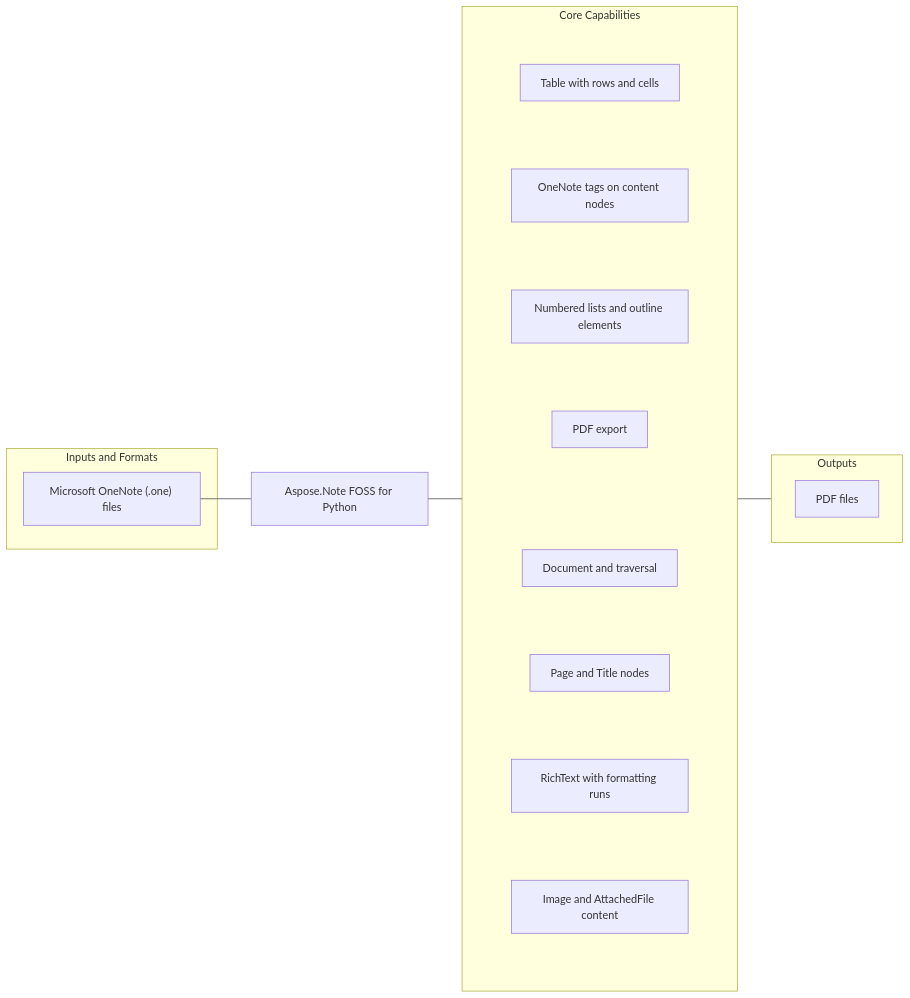
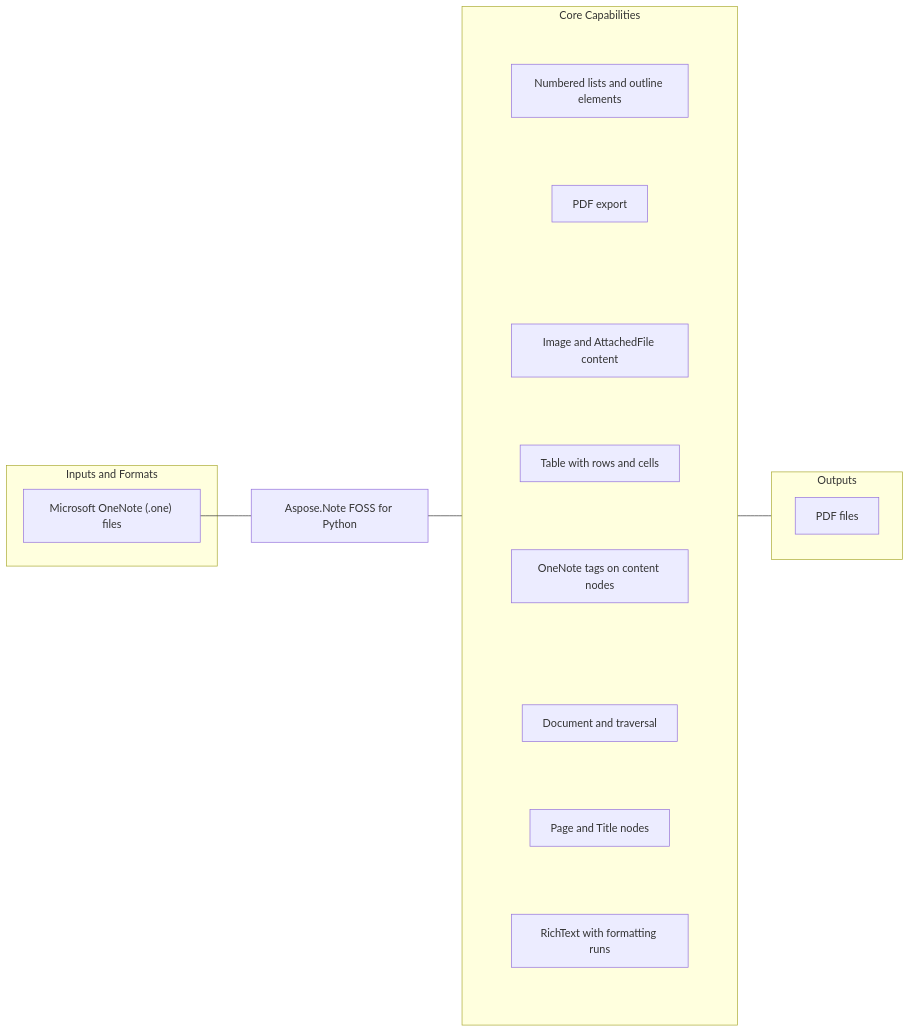
One commit to babar-raza/foss-readme-optimizer changed the diagram in plans/investigations/evidence/readme-presentation-contract-v1/aspose-note-foss-python-golden.md. Above: the diagram before and after it, drawn with Mermaid. The commit also changed 158 other files, not shown here.

First line of the commit message:
feat(readme): compact mermaid, brand banner, brief-then-collapse (Tweaks 1-3)

````diff
--- a/plans/investigations/evidence/readme-presentation-contract-v1/aspose-note-foss-python-golden.md
+++ b/plans/investigations/evidence/readme-presentation-contract-v1/aspose-note-foss-python-golden.md
@@ -23,42 +23,28 @@
 ```mermaid
 flowchart LR
   subgraph Inputs["Inputs and Formats"]
     I1["Microsoft OneNote (.one) files"]
   end
-
   PRODUCT["Aspose.Note FOSS for Python"]
-
   subgraph Capabilities["Core Capabilities"]
     direction LR
-    subgraph CapabilityColumn1[" "]
-      direction TB
-      C1["Document and traversal"]
-      C2["Page and Title nodes"]
-      C3["RichText with formatting runs"]
-      C4["Image and AttachedFile content"]
-      C1 ~~~ C2
-      C2 ~~~ C3
-      C3 ~~~ C4
+    subgraph Col1[" "]
+      C1["Document and traversal"] ~~~ C2["Page and Title nodes"] ~~~ C3["RichText with formatting runs"]
     end
-    subgraph CapabilityColumn2[" "]
-      direction TB
-      C5["Table with rows and cells"]
-      C6["OneNote tags on content nodes"]
-      C7["Numbered lists and outline elements"]
-      C8["PDF export"]
-      C5 ~~~ C6
-      C6 ~~~ C7
-      C7 ~~~ C8
+    subgraph Col2[" "]
+      C4["Image and AttachedFile content"] ~~~ C5["Table with rows and cells"] ~~~ C6["OneNote tags on content nodes"]
+    end
+    subgraph Col3[" "]
+      C7["Numbered lists and outline elements"] ~~~ C8["PDF export"]
     end
   end
-  style CapabilityColumn1 fill:none,stroke:none
-  style CapabilityColumn2 fill:none,stroke:none
-
+  style Col1 fill:none,stroke:none
+  style Col2 fill:none,stroke:none
+  style Col3 fill:none,stroke:none
   subgraph Outputs["Outputs"]
     O1["PDF files"]
   end
-
   I1 --- PRODUCT
   PRODUCT --- Capabilities
   Capabilities --- Outputs
 ```
````
